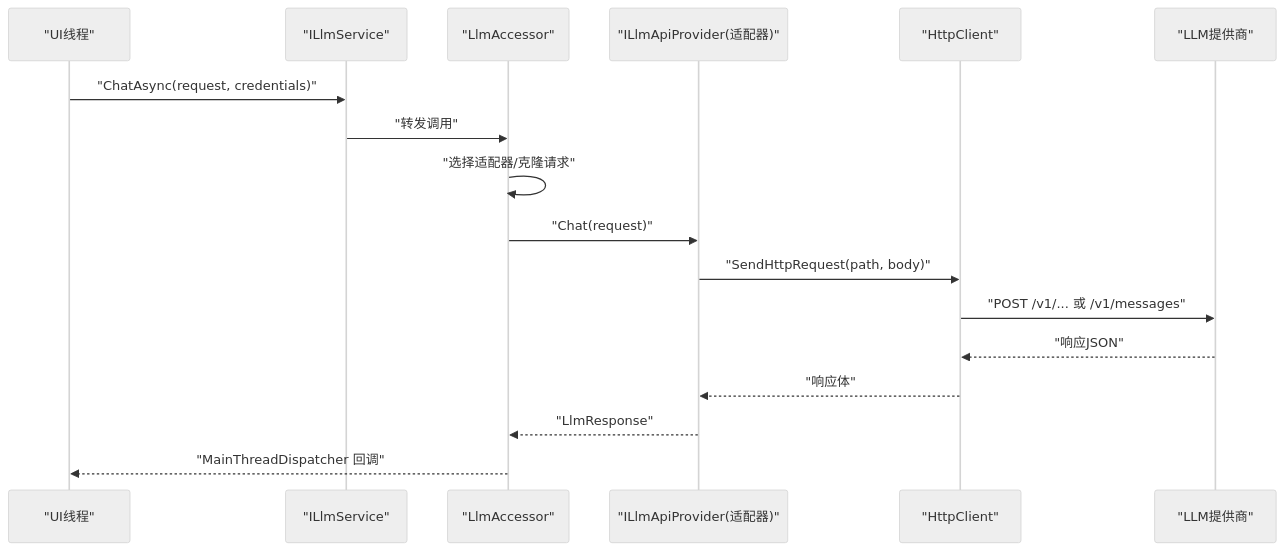
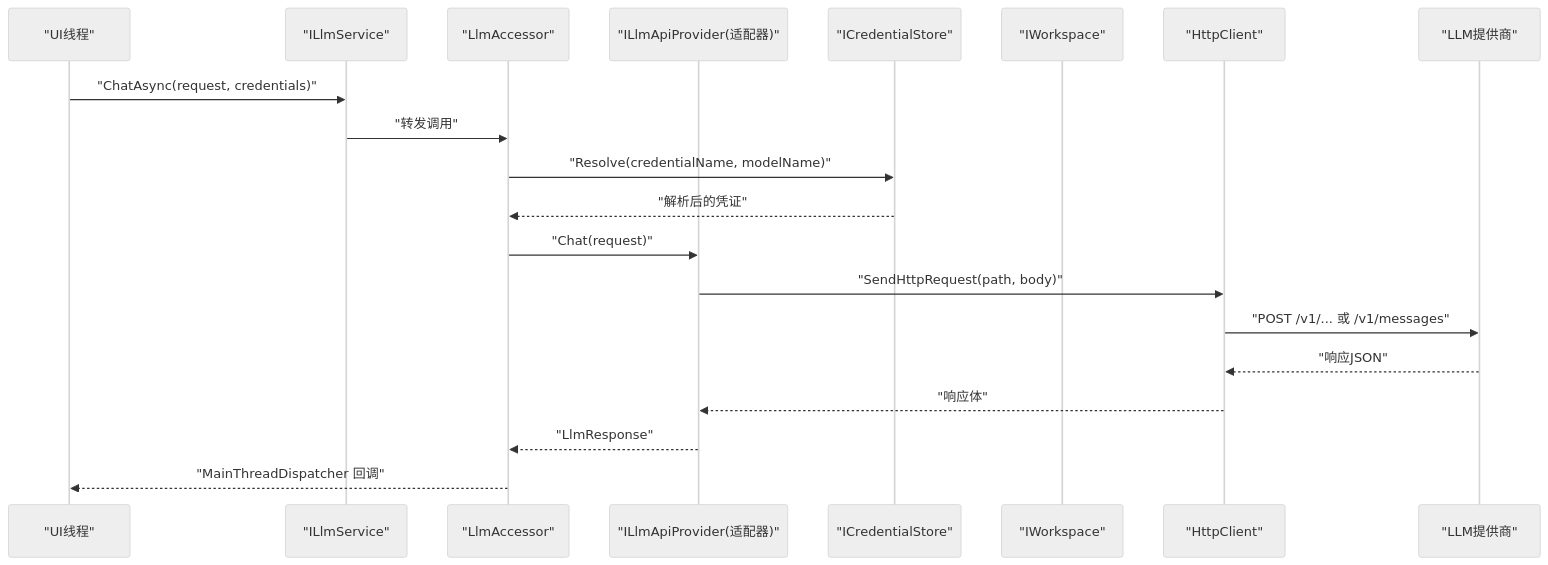
One commit to suzvka/NPCLife changed the second of 12 diagrams in .qoder/repowiki/zh/content/LLM集成系统/LLM集成系统.md. Above: the diagram before and after it, drawn with Mermaid (neutral theme). The commit also changed other lines of this file and 11 other files, not shown here.

````diff
--- a/.qoder/repowiki/zh/content/LLM集成系统/LLM集成系统.md
+++ b/.qoder/repowiki/zh/content/LLM集成系统/LLM集成系统.md
@@ -117,19 +145,22 @@
 ```mermaid
 sequenceDiagram
 participant UI as "UI线程"
 participant Service as "ILlmService"
 participant Accessor as "LlmAccessor"
 participant Adapter as "ILlmApiProvider(适配器)"
+participant CredentialStore as "ICredentialStore"
+participant Workspace as "IWorkspace"
 participant HTTP as "HttpClient"
 participant Provider as "LLM提供商"
 UI->>Service : "ChatAsync(request, credentials)"
 Service->>Accessor : "转发调用"
-Accessor->>Accessor : "选择适配器/克隆请求"
+Accessor->>CredentialStore : "Resolve(credentialName, modelName)"
+CredentialStore-->>Accessor : "解析后的凭证"
 Accessor->>Adapter : "Chat(request)"
 Adapter->>HTTP : "SendHttpRequest(path, body)"
 HTTP->>Provider : "POST /v1/... 或 /v1/messages"
 Provider-->>HTTP : "响应JSON"
 HTTP-->>Adapter : "响应体"
 Adapter-->>Accessor : "LlmResponse"
 Accessor-->>UI : "MainThreadDispatcher 回调"
 ```
````
